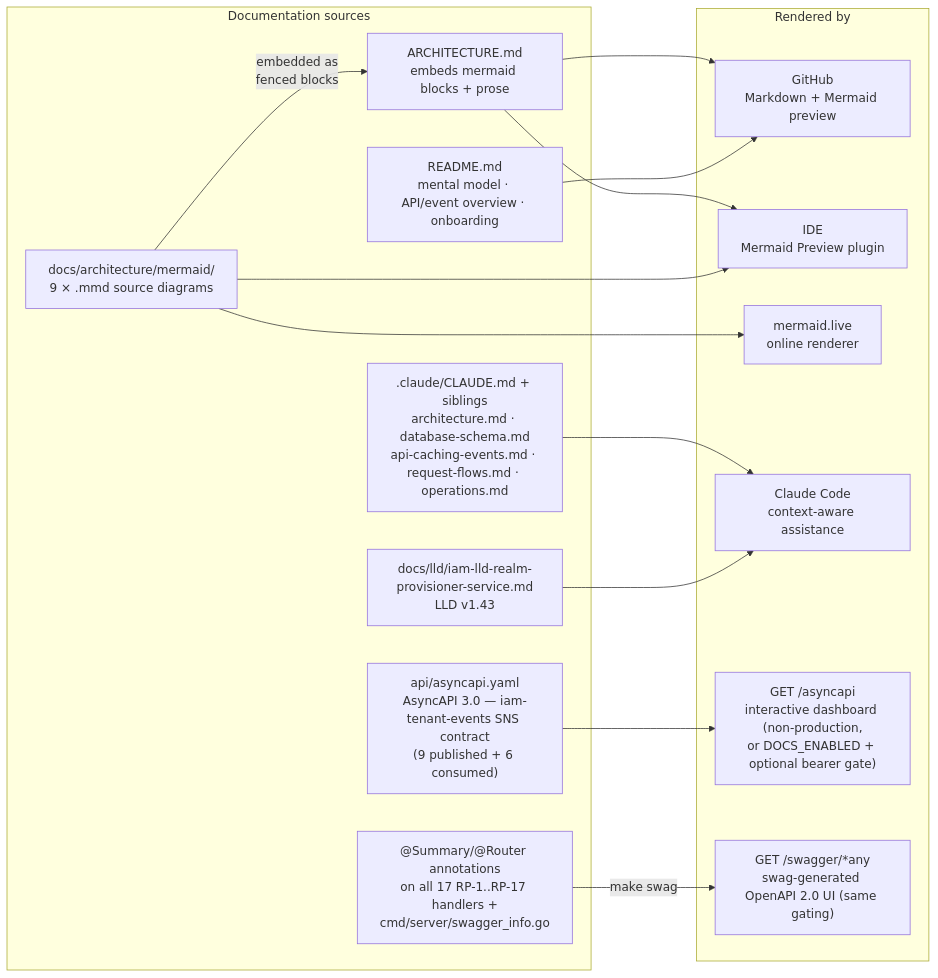
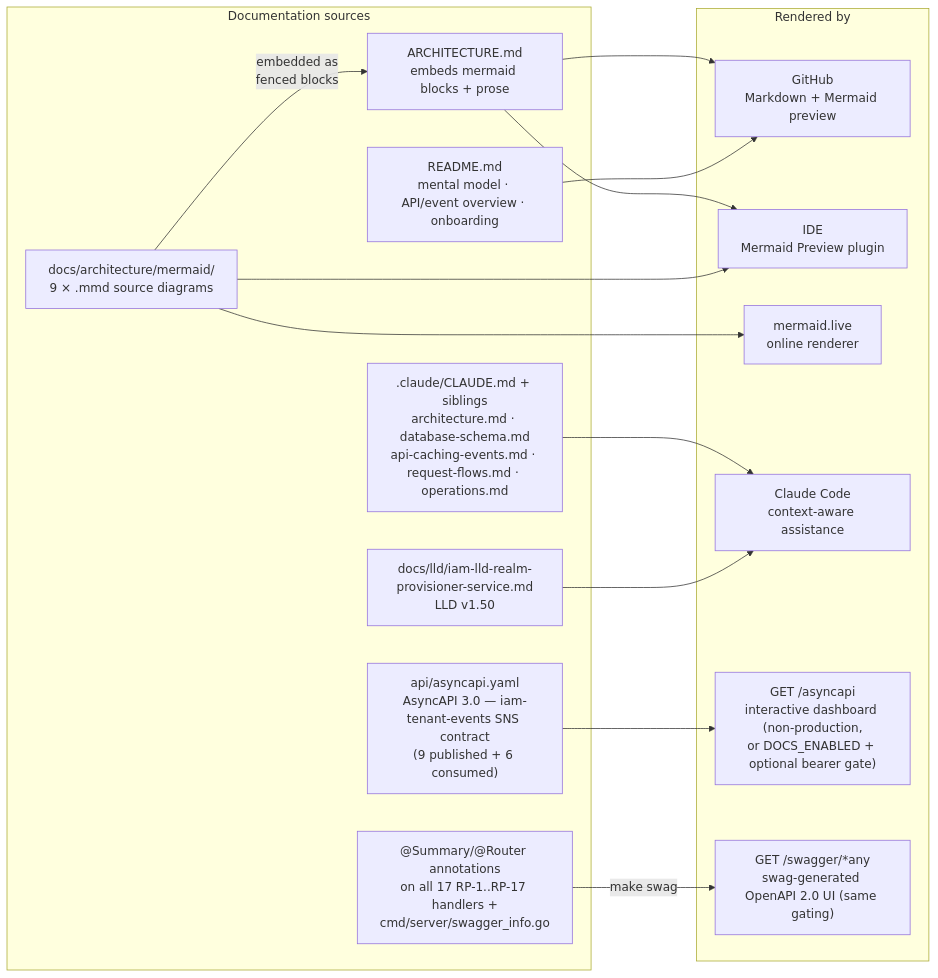
Before and after one commit to BCBP-SOLUTIONS-FZC-LLC/iam-realm-provisioner: the tenth of 10 diagrams in ARCHITECTURE.md, drawn with Mermaid. The commit also changed other lines of this file and 65 other files, not shown here.

````diff
--- a/ARCHITECTURE.md
+++ b/ARCHITECTURE.md
@@ -1075,30 +1075,30 @@
 ```mermaid
 graph LR
     subgraph sources["Documentation sources"]
         mmd["docs/architecture/mermaid/\n9 × .mmd source diagrams"]
         arch["ARCHITECTURE.md\nembeds mermaid blocks + prose"]
         claude[".claude/CLAUDE.md + siblings\narchitecture.md · database-schema.md\napi-caching-events.md · request-flows.md · operations.md"]
         readme["README.md\nmental model · API/event overview · onboarding"]
         asyncapi_yaml["api/asyncapi.yaml\nAsyncAPI 3.0 — iam-tenant-events SNS contract\n(9 published + 6 consumed)"]
         swag_annot["@Summary/@Router annotations\non all 17 RP-1..RP-17 handlers +\ncmd/server/swagger_info.go"]
-        lld["docs/lld/iam-lld-realm-provisioner-service.md\nLLD v1.43"]
+        lld["docs/lld/iam-lld-realm-provisioner-service.md\nLLD v1.50"]
     end
 
     subgraph rendered["Rendered by"]
         github["GitHub\nMarkdown + Mermaid preview"]
         ide["IDE\nMermaid Preview plugin"]
         live["mermaid.live\nonline renderer"]
         claude_ai["Claude Code\ncontext-aware assistance"]
         asyncapi_viewer["GET /asyncapi\ninteractive dashboard (non-production,\nor DOCS_ENABLED + optional bearer gate)"]
         swagger_ui["GET /swagger/*any\nswag-generated OpenAPI 2.0 UI (same gating)"]
     end
 
     mmd  -->|"embedded as\nfenced blocks"| arch
     arch --> github & ide
     mmd  --> live & ide
     claude --> claude_ai
     readme --> github
     lld --> claude_ai
     asyncapi_yaml --> asyncapi_viewer
     swag_annot -->|"make swag"| swagger_ui
 ```
````
